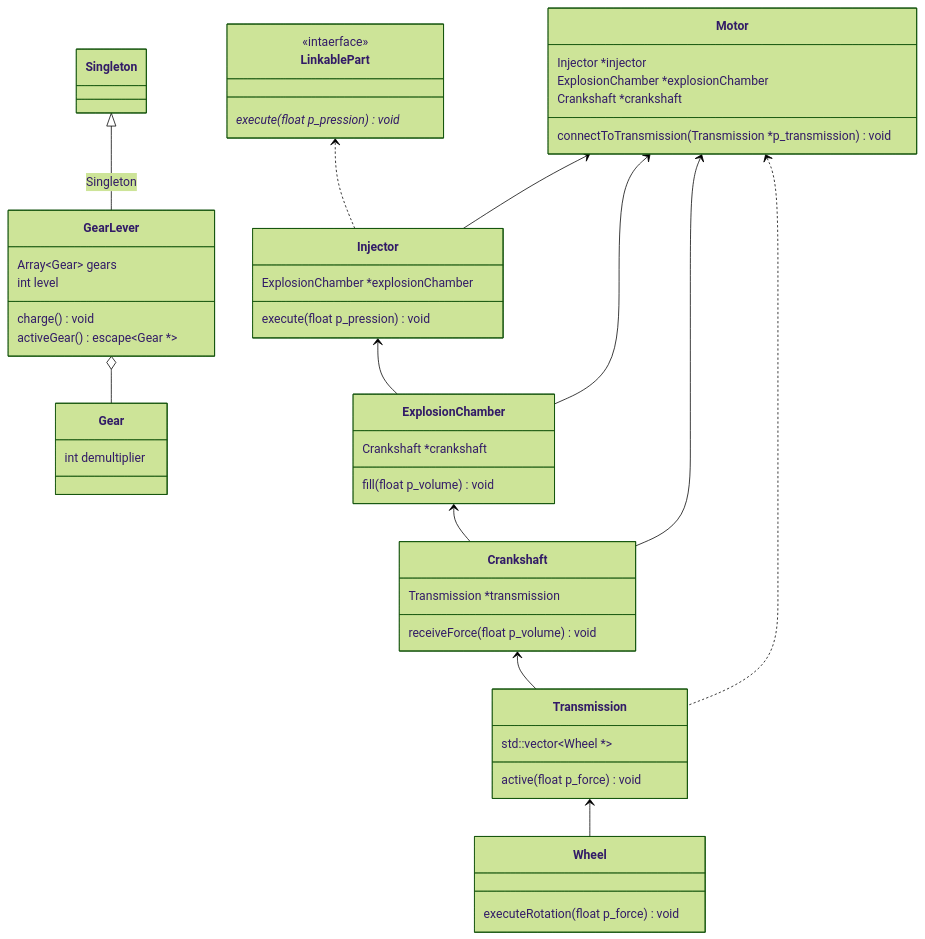
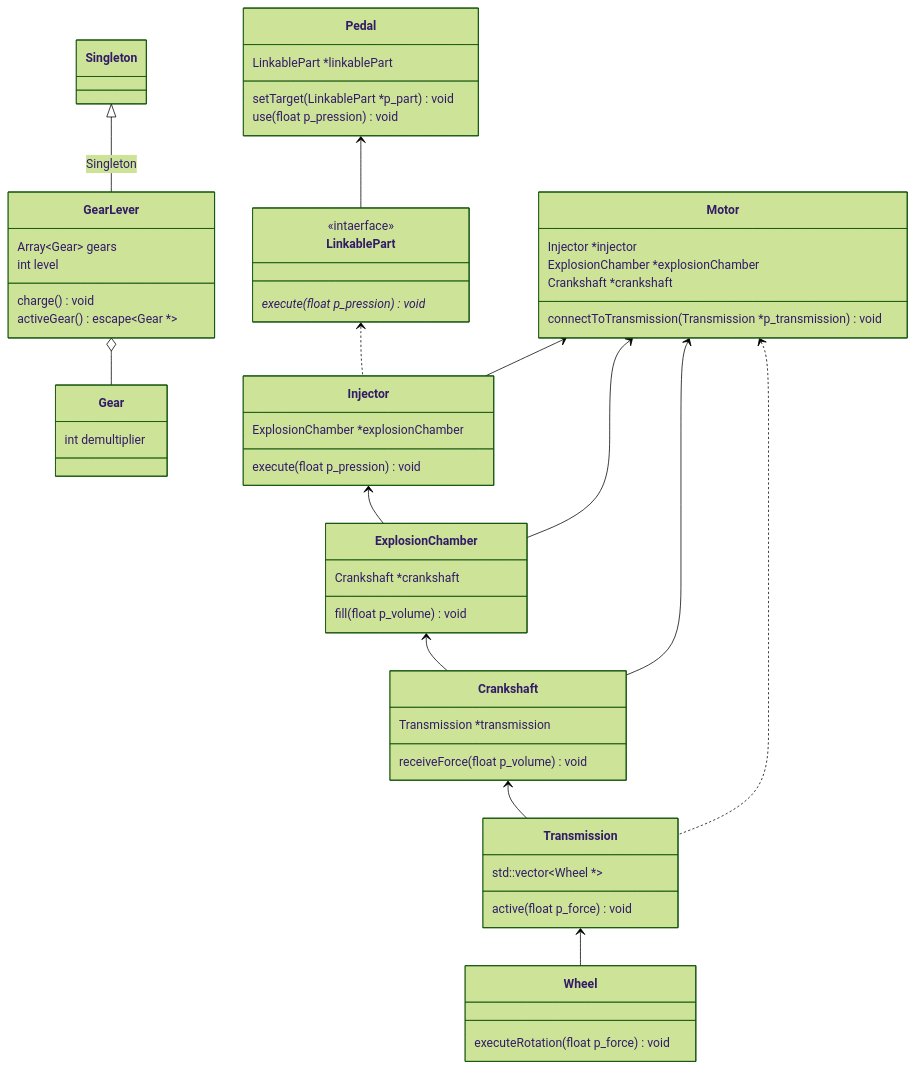
One commit to PalmNeko/piscine-object02-UML changed the diagram in subject.md. Above: the diagram before and after it, drawn with Mermaid (forest theme).

Commit message:
add: Pedal

````diff
--- a/subject.md
+++ b/subject.md
@@ -2,71 +2,79 @@
 ```mermaid
 classDiagram
     direction TB
 
     GearLever o-- Gear
 
     Singleton <|-- GearLever : Singleton<GearLever>
 
     ExplosionChamber <-- Crankshaft
     Crankshaft <-- Transmission
     Transmission <-- Wheel
 
     Injector <-- ExplosionChamber
     LinkablePart <.. Injector
 
     Motor <-- Injector
     Motor <-- ExplosionChamber
     Motor <-- Crankshaft
     Motor <.. Transmission
+
+    Pedal <-- LinkablePart
 
     class LinkablePart {
         <<intaerface>>
         execute(float p_pression)* void
     }
 
     class Wheel {
         executeRotation(float p_force) void
     }
 
     class Gear {
         int demultiplier
     }
 
     class Singleton {
         %% TODO
     }
 
     class GearLever {
         Array~Gear~ gears
         int level
         charge() void
         activeGear() escape~Gear *~
     }
 
     class Transmission {
         std::vector~Wheel *~
         active(float p_force) void
     }
 
     class Crankshaft {
         Transmission *transmission
         receiveForce(float p_volume) void
     }
 
     class ExplosionChamber {
         Crankshaft *crankshaft
         fill(float p_volume) void
     }
 
     class Injector {
         ExplosionChamber *explosionChamber
         execute(float p_pression) void
     }
 
     class Motor {
         Injector *injector
         ExplosionChamber *explosionChamber
         Crankshaft *crankshaft
         connectToTransmission(Transmission *p_transmission) void
     }
+
+    class Pedal {
+        LinkablePart *linkablePart
+        setTarget(LinkablePart *p_part) void
+        use(float p_pression) void
+    }
 ```
````
